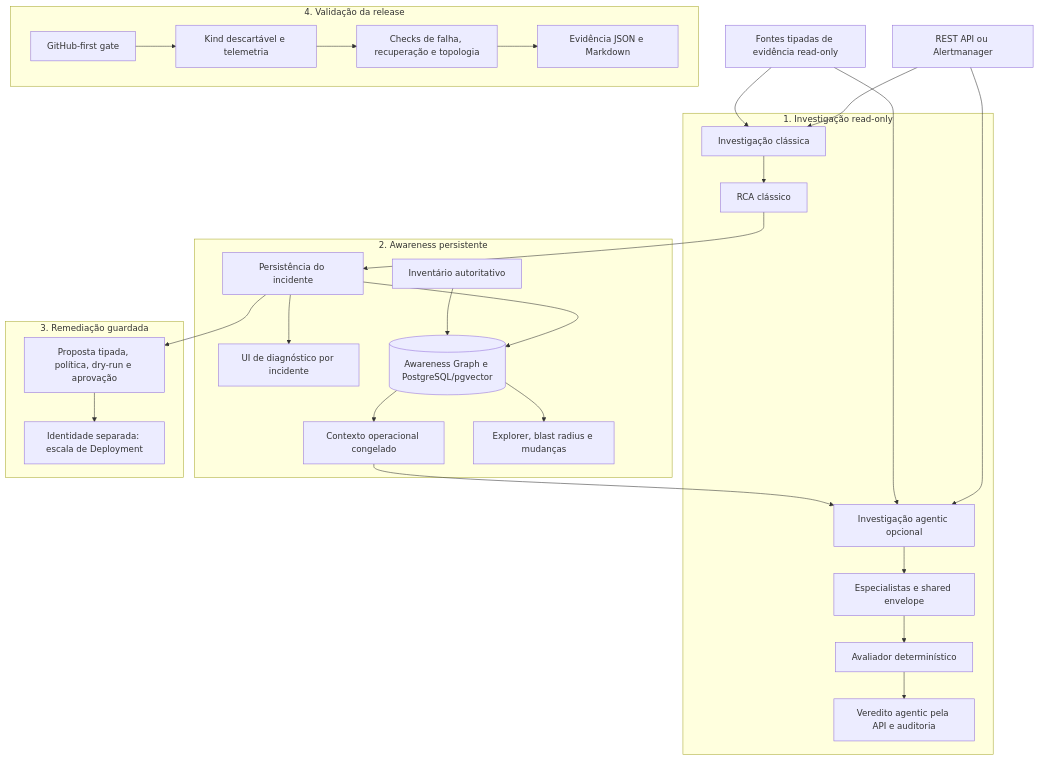
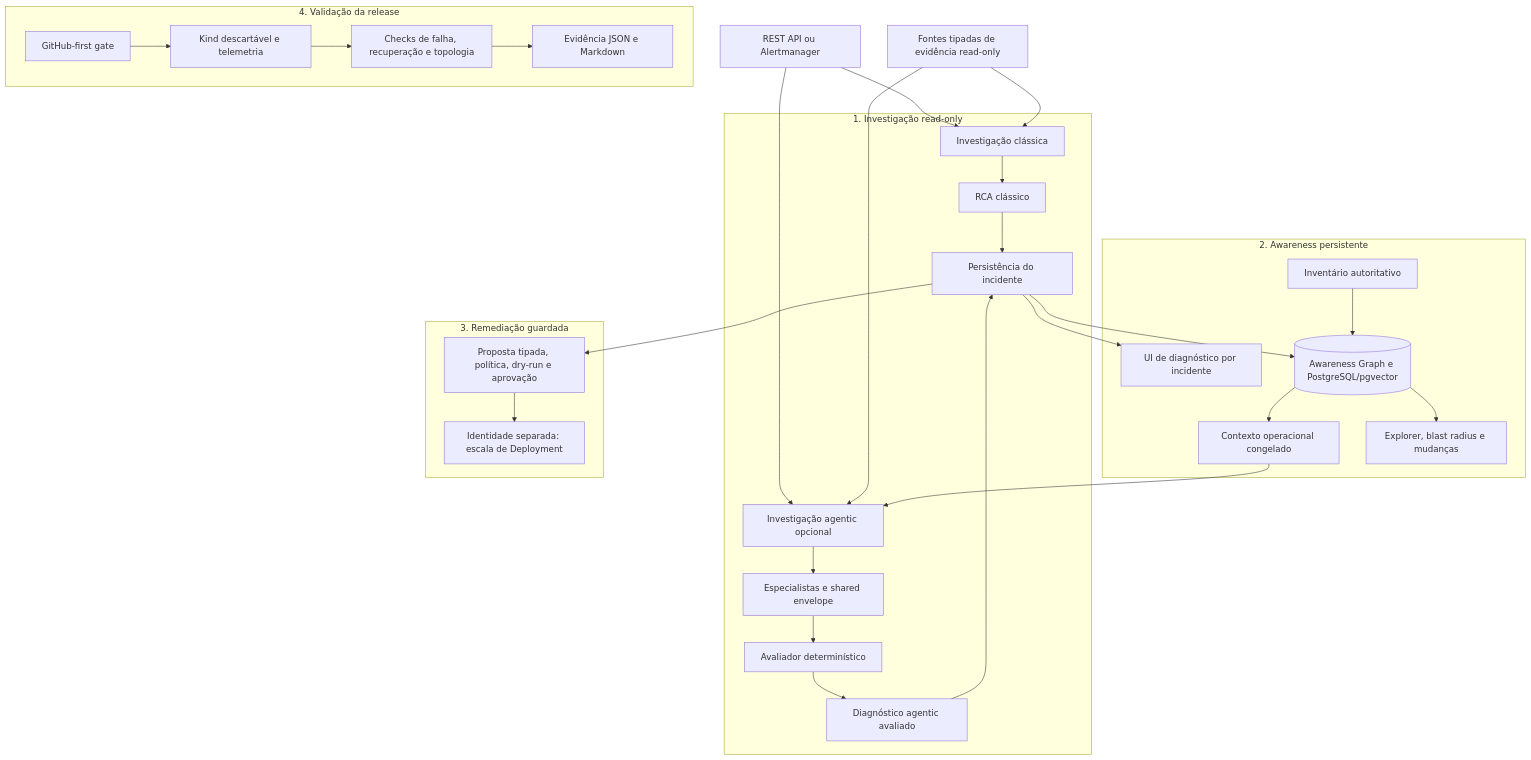
One commit to marcocristofolini/ai-sre-rca changed the first of 28 diagrams in docs/architecture.pt-BR.md. Above: the diagram before and after it, drawn with Mermaid. The commit also changed other lines of this file and 17 other files, not shown here.

````diff
--- a/docs/architecture.pt-BR.md
+++ b/docs/architecture.pt-BR.md
@@ -9,31 +9,32 @@
 ```mermaid
 flowchart TD
     IN["REST API ou Alertmanager"] --> CORE["Investigação clássica"]
     IN --> PLAN["Investigação agentic opcional"]
     SRC["Fontes tipadas de evidência read-only"] --> CORE
     SRC --> PLAN
     subgraph READ["1. Investigação read-only"]
       CORE --> RCA["RCA clássico"]
       PLAN --> ENV["Especialistas e shared envelope"]
       ENV --> EVAL["Avaliador determinístico"]
-      EVAL --> AR["Veredito agentic pela API e auditoria"]
+      EVAL --> AR["Diagnóstico agentic avaliado"]
+      AR --> STORE
     end
     subgraph AWARE["2. Awareness persistente"]
       RCA --> STORE["Persistência do incidente"]
       STORE --> DIAG["UI de diagnóstico por incidente"]
       STORE --> PAG[("Awareness Graph e PostgreSQL/pgvector")]
       INV["Inventário autoritativo"] --> PAG
       PAG --> CTX["Contexto operacional congelado"]
       CTX --> PLAN
       PAG --> VIEW["Explorer, blast radius e mudanças"]
     end
     subgraph REM["3. Remediação guardada"]
       STORE --> POLICY["Proposta tipada, política, dry-run e aprovação"]
       POLICY --> ACT["Identidade separada: escala de Deployment"]
     end
     subgraph VAL["4. Validação da release"]
       GH["GitHub-first gate"] --> KIND["Kind descartável e telemetria"]
       KIND --> HAR["Checks de falha, recuperação e topologia"]
       HAR --> REP["Evidência JSON e Markdown"]
     end
 ```
````
